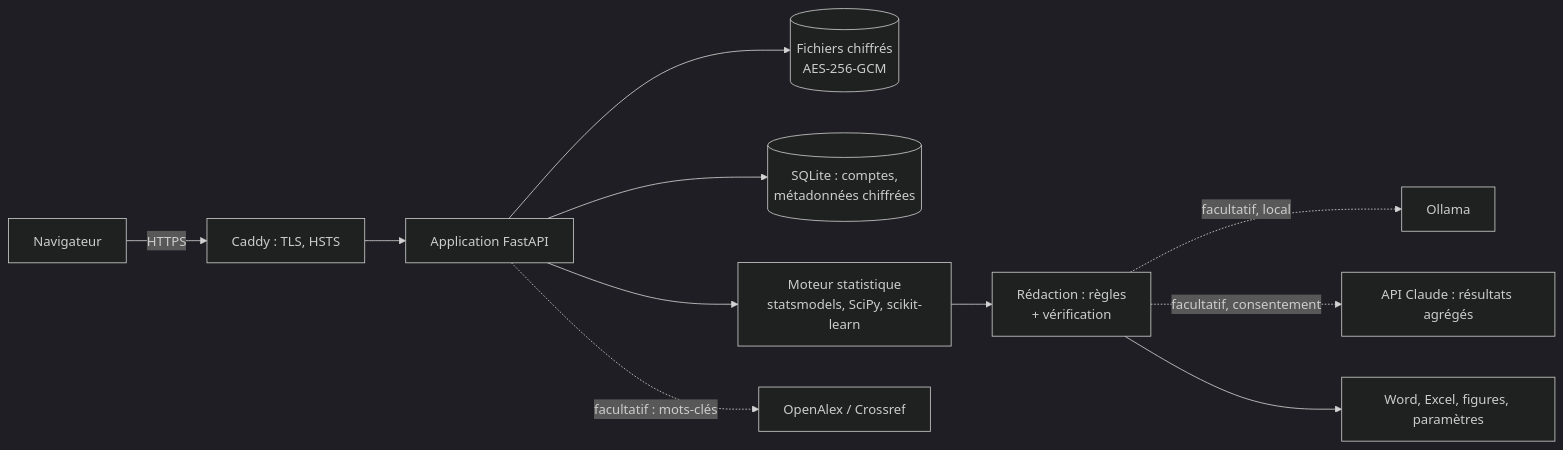
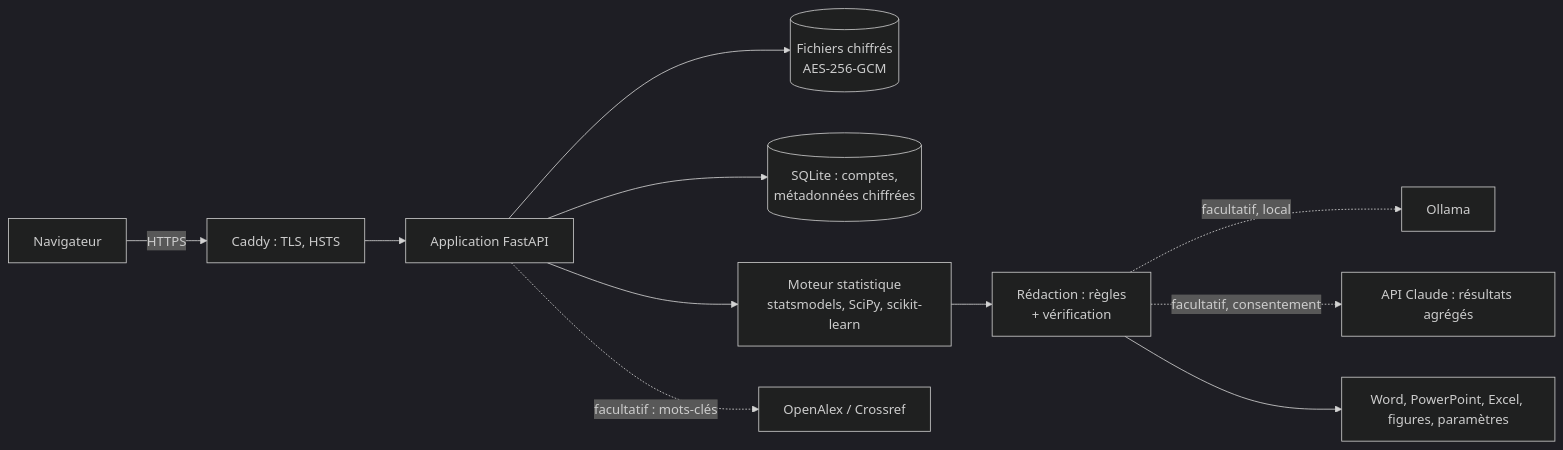
The diagram in README.md (Wendyam-Ariel-Tiemtore/Projet_appli), drawn with Mermaid (dark theme) before and after one commit. The commit also changed other lines of this file and 24 other files, not shown here.

````diff
--- a/README.md
+++ b/README.md
@@ -118,13 +123,13 @@
 ```mermaid
 flowchart LR
     N[Navigateur] -- HTTPS --> C[Caddy : TLS, HSTS]
     C --> A[Application FastAPI]
     A --> S[(Fichiers chiffrés<br/>AES-256-GCM)]
     A --> D[(SQLite : comptes,<br/>métadonnées chiffrées)]
     A --> M[Moteur statistique<br/>statsmodels, SciPy, scikit-learn]
     M --> W[Rédaction : règles<br/>+ vérification]
     W -. facultatif, local .-> O[Ollama]
     W -. facultatif, consentement .-> K[API Claude : résultats agrégés]
     A -. facultatif : mots-clés .-> X[OpenAlex / Crossref]
-    W --> R[Word, Excel, figures, paramètres]
+    W --> R[Word, PowerPoint, Excel, figures, paramètres]
 ```
````
